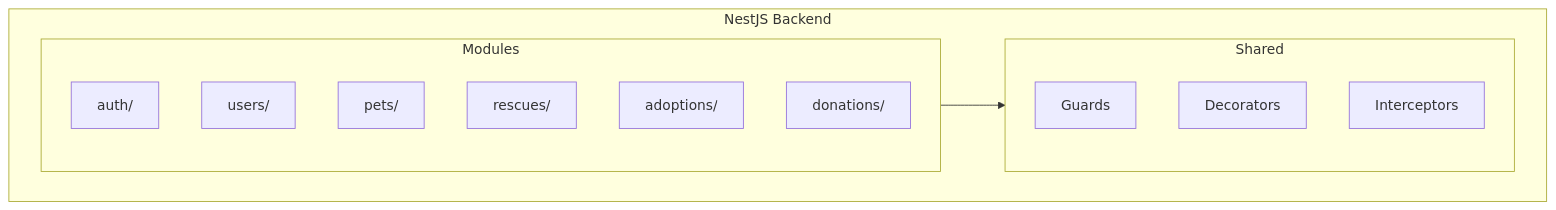
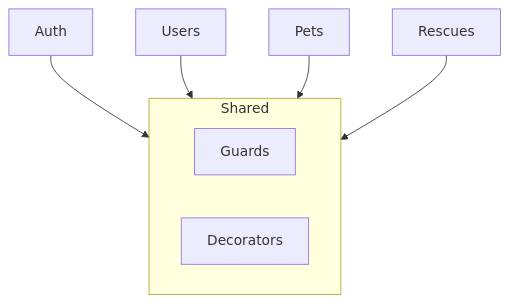
The third of 4 diagrams in docs/content/docs/architecture/overview.md (altrupets/monorepo), drawn with Mermaid before and after one commit. The commit also changed other lines of this file and 4 other files, not shown here.

First line of the commit message:
fix(docs): simplify Mermaid diagrams to resolve rendering errors

````diff
--- a/docs/content/docs/architecture/overview.md
+++ b/docs/content/docs/architecture/overview.md
@@ -130,21 +107,12 @@
 ```mermaid
 flowchart TB
-    subgraph Backend["NestJS Backend"]
-        subgraph Modules["Modules"]
-            Auth["auth/"]
-            Users["users/"]
-            Pets["pets/"]
-            Rescues["rescues/"]
-            Adoptions["adoptions/"]
-            Donations["donations/"]
-        end
+    Auth --> Shared
+    Users --> Shared
+    Pets --> Shared
+    Rescues --> Shared
 
-        subgraph Shared["Shared"]
-            Guards["Guards"]
-            Decorators["Decorators"]
-            Interceptors["Interceptors"]
-        end
+    subgraph Shared
+        Guards[Guards]
+        Decorators[Decorators]
     end
-
-    Modules --> Shared
 ```
````
